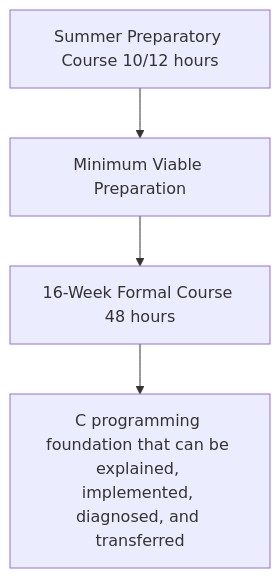
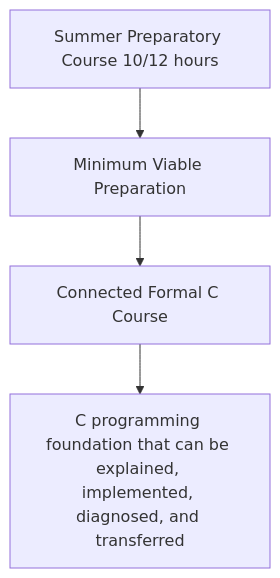
One commit to inred329/summer_pre_course_2026 changed the second of 2 diagrams in design/06-scope-boundary.en.md. Above: the diagram before and after it, drawn with Mermaid. The commit also changed other lines of this file and 104 other files, not shown here.

````diff
--- a/design/06-scope-boundary.en.md
+++ b/design/06-scope-boundary.en.md
@@ -56,6 +60,6 @@
 ```mermaid
 flowchart TD
     PRE[Summer Preparatory Course 10/12 hours] --> READY[Minimum Viable Preparation]
-    READY --> FORMAL[16-Week Formal Course 48 hours]
+    READY --> FORMAL[Connected Formal C Course]
     FORMAL --> FOUNDATION[C programming foundation that can be explained, implemented, diagnosed, and transferred]
 ```
````
